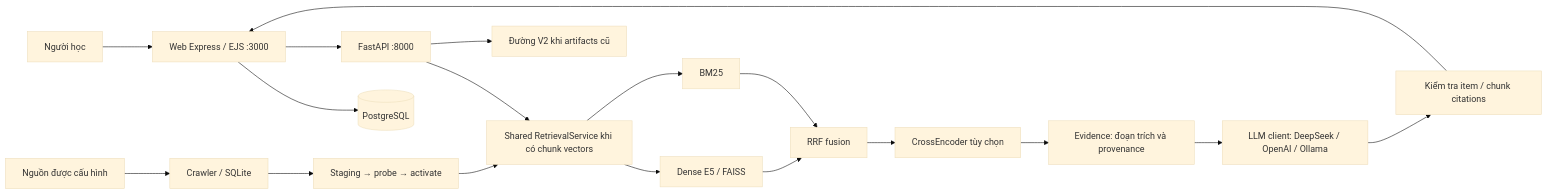
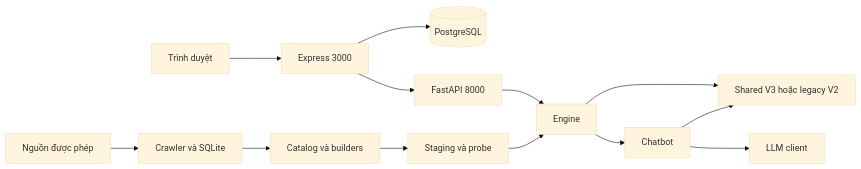
Before and after one commit to tranviettien01072005-dotcom/ITLR--RAG: the diagram in README.md, drawn with Mermaid (base theme). The commit also changed other lines of this file and 112 other files, not shown here.

````diff
--- a/README.md
+++ b/README.md
@@ -44,20 +23,15 @@
 ```mermaid
 flowchart LR
-    U[Người học] --> W[Web Express / EJS :3000]
-    W --> P[(PostgreSQL)]
-    W --> A[FastAPI :8000]
-    A --> R[Shared RetrievalService khi có chunk vectors]
-    R --> D[Dense E5 / FAISS]
-    R --> B[BM25]
-    D --> F[RRF fusion]
-    B --> F
-    F --> X[CrossEncoder tùy chọn]
-    X --> E[Evidence: đoạn trích và provenance]
-    E --> L[LLM client: DeepSeek / OpenAI / Ollama]
-    L --> C[Kiểm tra item / chunk citations]
-    C --> W
-    S[Nguồn được cấu hình] --> I[Crawler / SQLite]
-    I --> V[Staging → probe → activate]
-    V --> R
-    A --> O[Đường V2 khi artifacts cũ]
+    Browser[Trình duyệt] --> Web[Express 3000]
+    Web --> PG[(PostgreSQL)]
+    Web --> API[FastAPI 8000]
+    API --> Engine[Engine]
+    Engine --> Retrieval[Shared V3 hoặc legacy V2]
+    Engine --> Chat[Chatbot]
+    Chat --> Retrieval
+    Chat --> LLM[LLM client]
+    Sources[Nguồn được phép] --> Crawl[Crawler và SQLite]
+    Crawl --> Build[Catalog và builders]
+    Build --> Versions[Staging và probe]
+    Versions --> Engine
 ```
````
